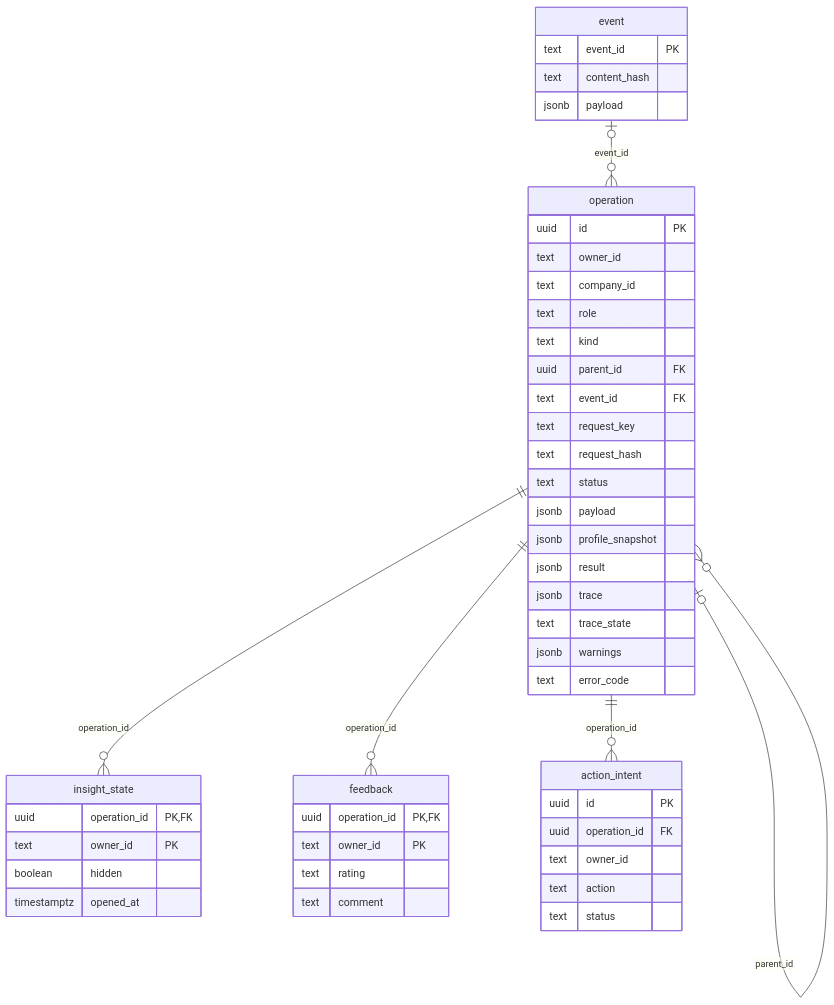
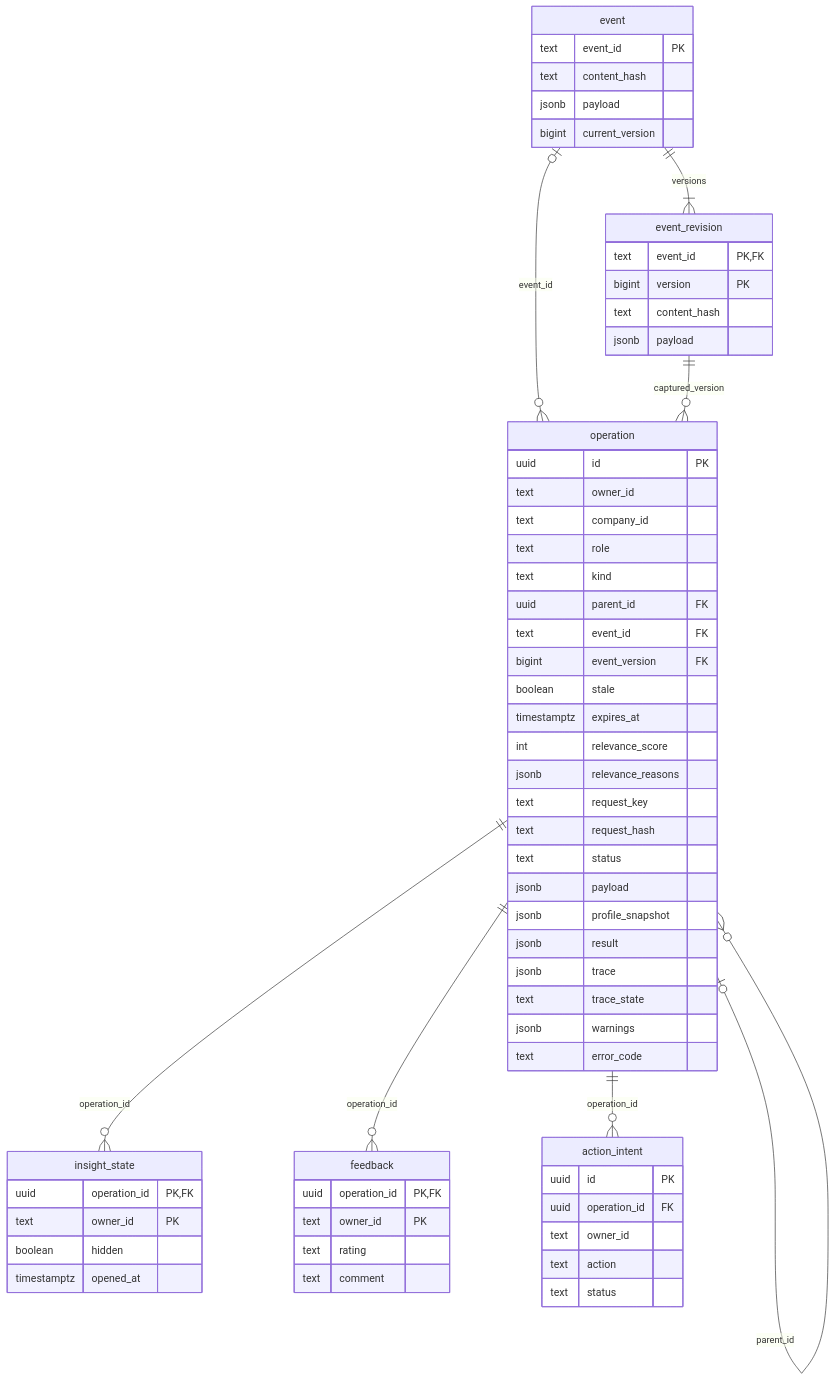
Before and after one commit to AyKezBan/business-insights: the fifth of 5 diagrams in backend-api/docs/architecture.md, drawn with Mermaid. The commit also changed other lines of this file and 31 other files, not shown here.

````diff
--- a/backend-api/docs/architecture.md
+++ b/backend-api/docs/architecture.md
@@ -177,52 +177,66 @@
 ```mermaid
 erDiagram
     event |o--o{ operation : event_id
+    event ||--|{ event_revision : versions
+    event_revision ||--o{ operation : captured_version
     operation |o--o{ operation : parent_id
     operation ||--o{ insight_state : operation_id
     operation ||--o{ feedback : operation_id
     operation ||--o{ action_intent : operation_id
 
     event {
         text event_id PK
+        text content_hash
+        jsonb payload
+        bigint current_version
+    }
+    event_revision {
+        text event_id PK, FK
+        bigint version PK
         text content_hash
         jsonb payload
     }
     operation {
         uuid id PK
         text owner_id
         text company_id
         text role
         text kind
         uuid parent_id FK
         text event_id FK
+        bigint event_version FK
+        boolean stale
+        timestamptz expires_at
+        int relevance_score
+        jsonb relevance_reasons
         text request_key
         text request_hash
         text status
         jsonb payload
         jsonb profile_snapshot
         jsonb result
         jsonb trace
         text trace_state
         jsonb warnings
         text error_code
     }
     insight_state {
         uuid operation_id PK, FK
         text owner_id PK
         boolean hidden
         timestamptz opened_at
     }
     feedback {
         uuid operation_id PK, FK
         text owner_id PK
         text rating
         text comment
     }
     action_intent {
         uuid id PK
         uuid operation_id FK
         text owner_id
         text action
         text status
     }
 ```
````
